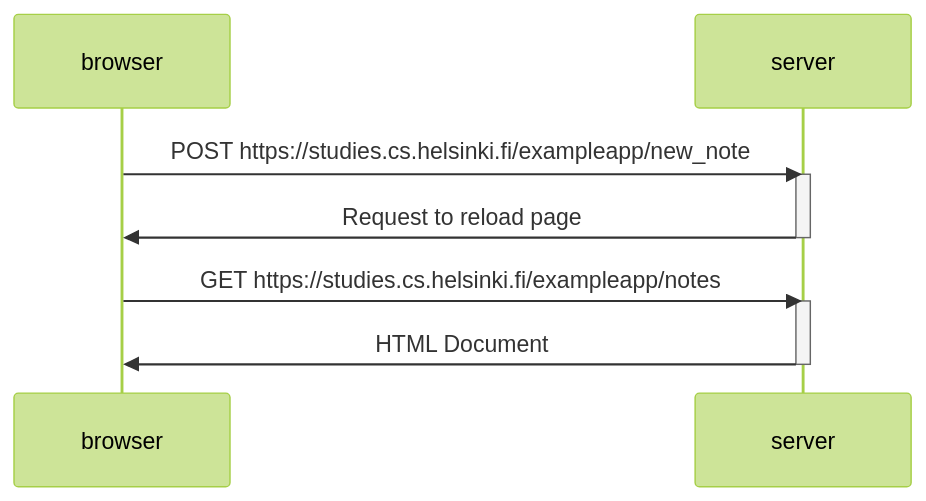
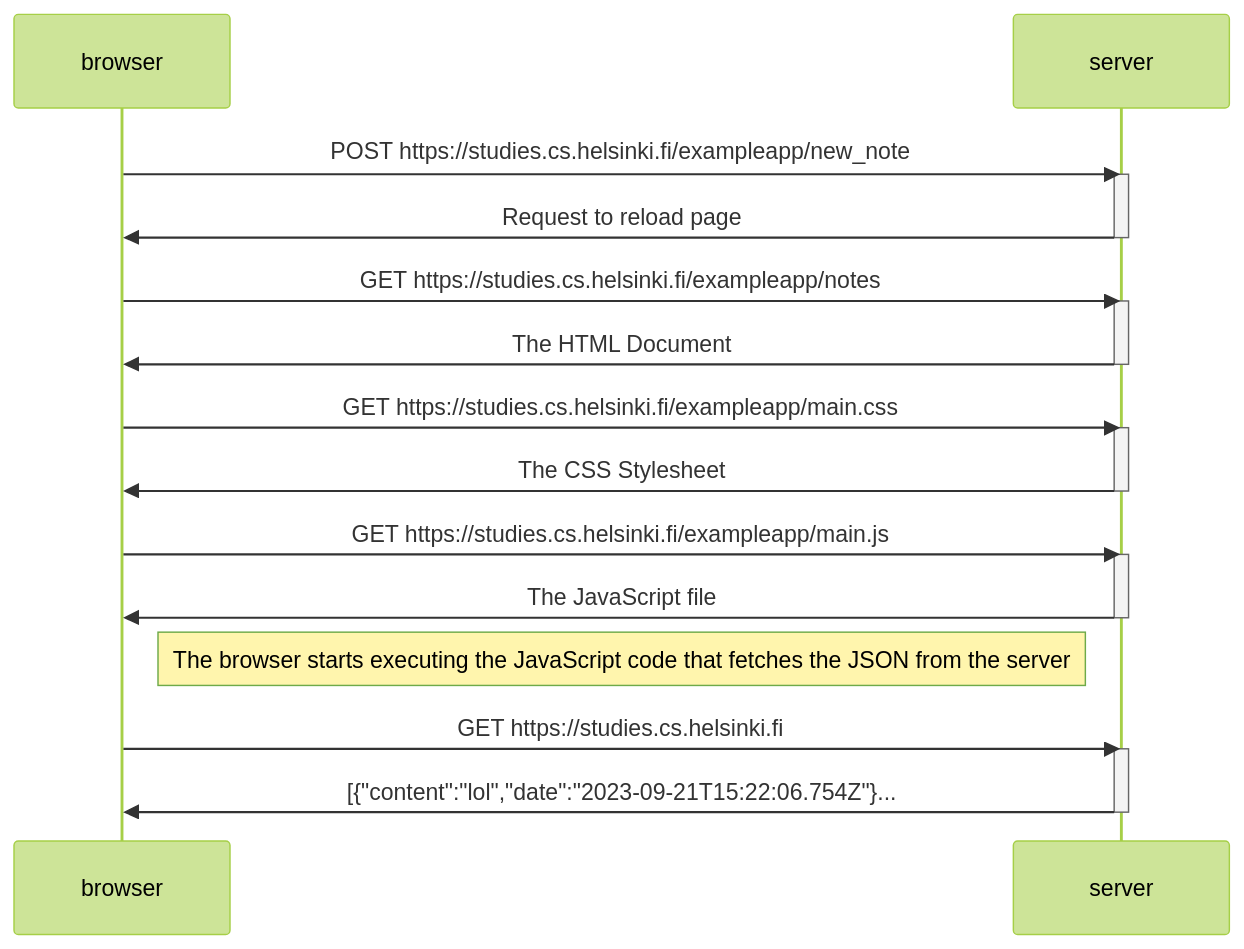
One commit to MvanSteenbergen/FullStackOpen changed the diagram in exercise 0.1.md. Above: the diagram before and after it, drawn with Mermaid (forest theme).

Commit message:
Update exercise 0.1.md

````diff
--- a/exercise 0.1.md
+++ b/exercise 0.1.md
@@ -1,17 +1,35 @@
 ```mermaid
 sequenceDiagram
   participant browser
   participant server
 
   browser->>server:	POST https://studies.cs.helsinki.fi/exampleapp/new_note
   activate server
   server->>browser: Request to reload page
   deactivate server
 
   browser->>server: GET https://studies.cs.helsinki.fi/exampleapp/notes
   activate server
-  server->>browser: HTML Document
+  server->>browser: The HTML Document
   deactivate server
+
+  browser->>server: GET https://studies.cs.helsinki.fi/exampleapp/main.css
+  activate server
+  server->>browser: The CSS Stylesheet
+  deactivate server;
+
+  browser->>server: GET https://studies.cs.helsinki.fi/exampleapp/main.js
+  activate server
+  server->>browser: The JavaScript file
+  deactivate server;
+  Note right of browser: The browser starts executing the JavaScript code that fetches the JSON from the server
+
+  browser->>server: GET https://studies.cs.helsinki.fi
+  activate server
+  server->>browser: [{"content":"lol","date":"2023-09-21T15:22:06.754Z"}...
+  deactivate server;
+
+  
   
   
 ```
````
